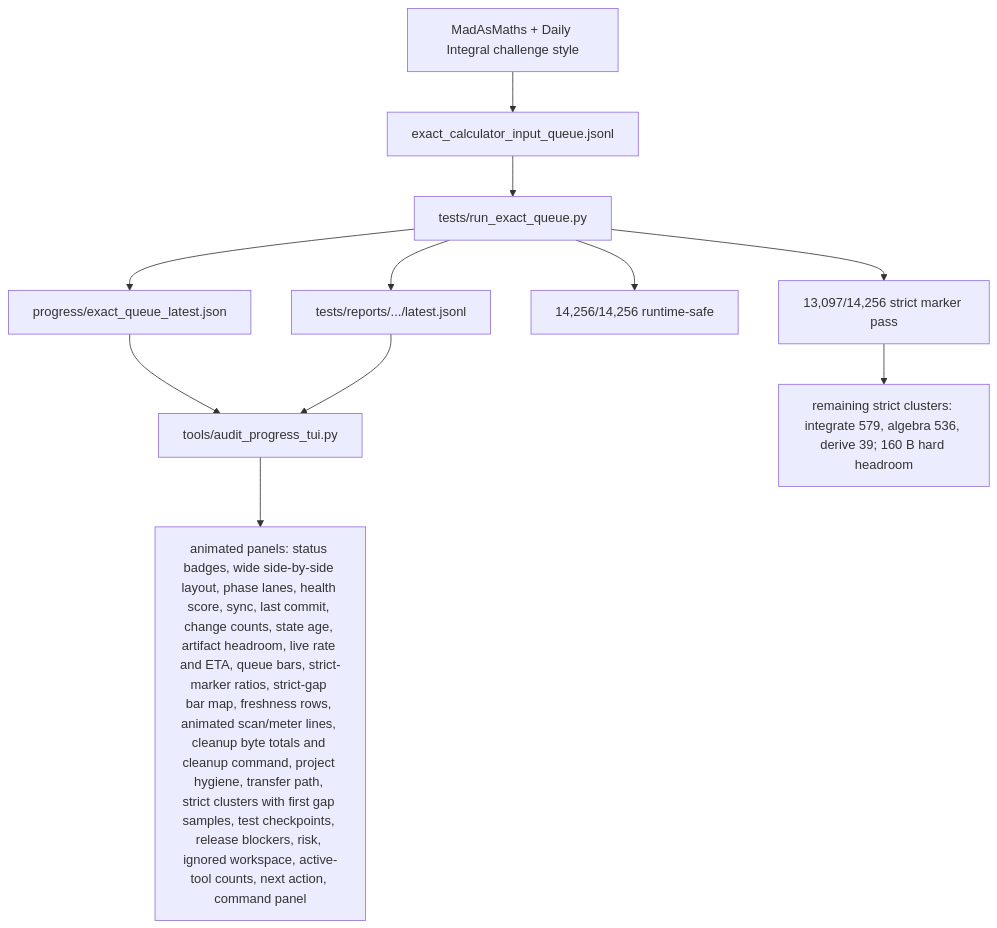
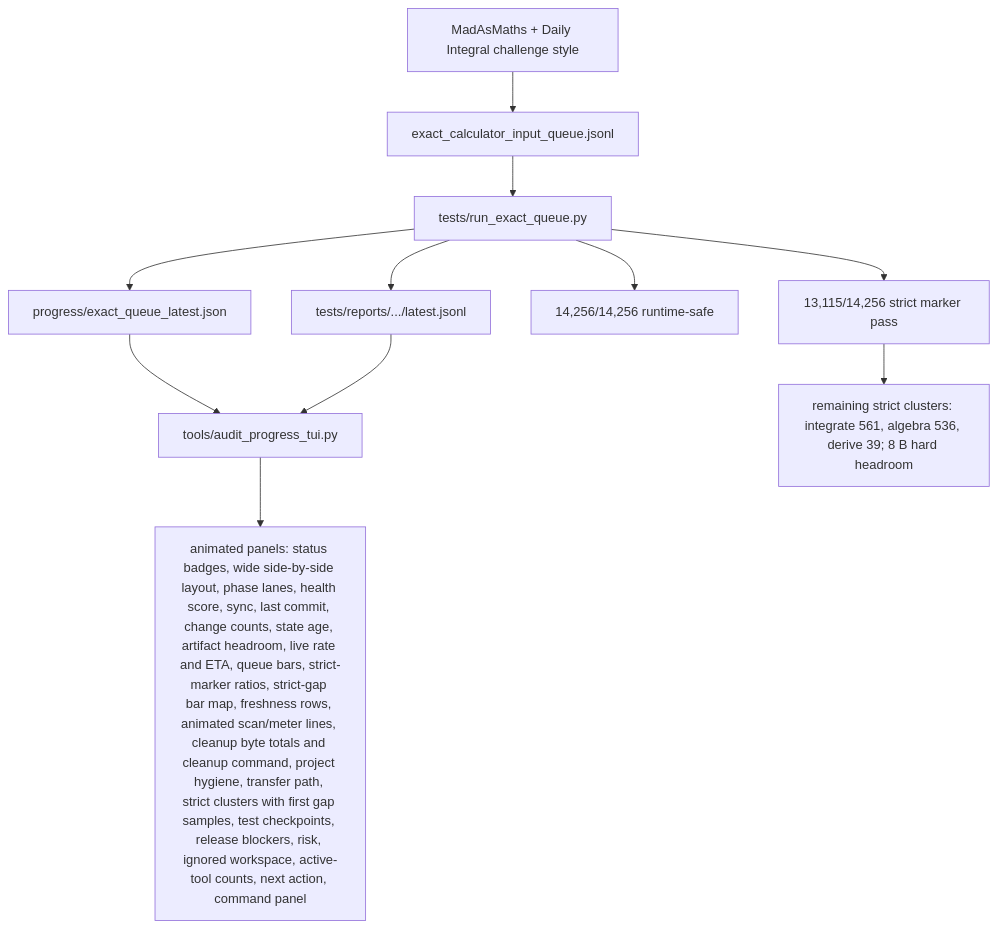
Before and after one commit to james8464/notes-addin-casio-fx-cg50: the fifth of 6 diagrams in docs/GRAPH.md, drawn with Mermaid. The commit also changed other lines of this file and 6 other files, not shown here.

````diff
--- a/docs/GRAPH.md
+++ b/docs/GRAPH.md
@@ -62,13 +62,13 @@
 ```mermaid
 graph TD
   Online["MadAsMaths + Daily Integral challenge style"] --> Queue["exact_calculator_input_queue.jsonl"]
   Queue --> Runner["tests/run_exact_queue.py"]
   Runner --> Live["progress/exact_queue_latest.json"]
   Runner --> Report["tests/reports/.../latest.jsonl"]
   Live --> TUI["tools/audit_progress_tui.py"]
   Report --> TUI
   TUI --> Panels["animated panels: status badges, wide side-by-side layout, phase lanes, health score, sync, last commit, change counts, state age, artifact headroom, live rate and ETA, queue bars, strict-marker ratios, strict-gap bar map, freshness rows, animated scan/meter lines, cleanup byte totals and cleanup command, project hygiene, transfer path, strict clusters with first gap samples, test checkpoints, release blockers, risk, ignored workspace, active-tool counts, next action, command panel"]
   Runner --> Runtime["14,256/14,256 runtime-safe"]
-  Runner --> Strict["13,097/14,256 strict marker pass"]
-  Strict --> Remaining["remaining strict clusters: integrate 579, algebra 536, derive 39; 160 B hard headroom"]
+  Runner --> Strict["13,115/14,256 strict marker pass"]
+  Strict --> Remaining["remaining strict clusters: integrate 561, algebra 536, derive 39; 8 B hard headroom"]
 ```
````
